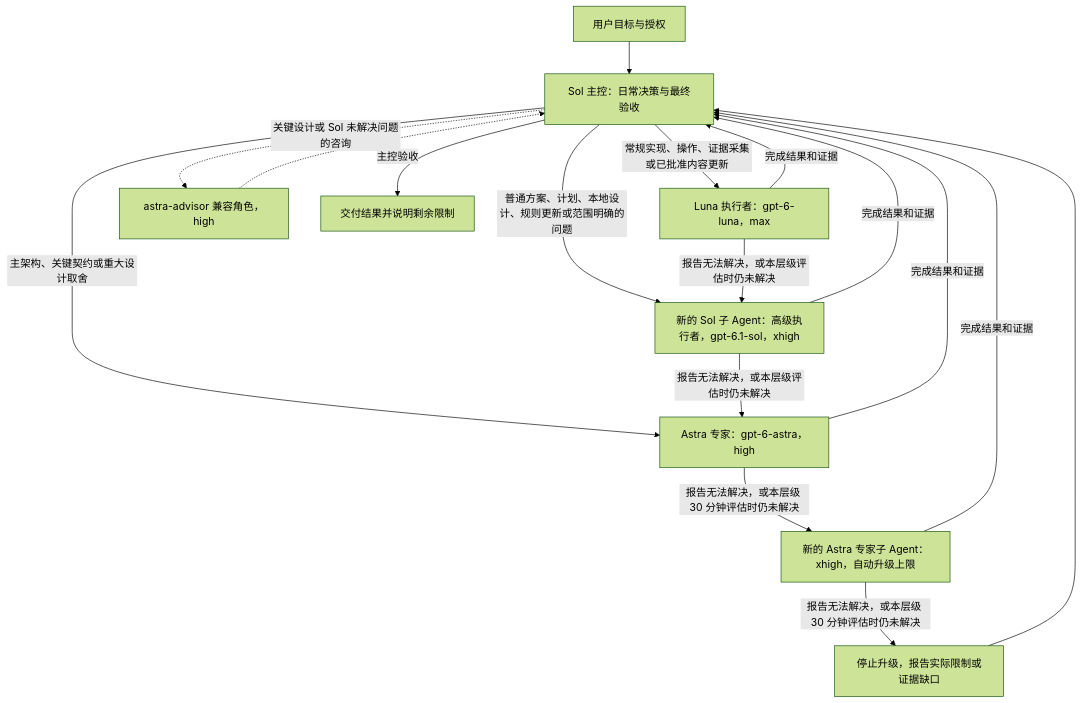
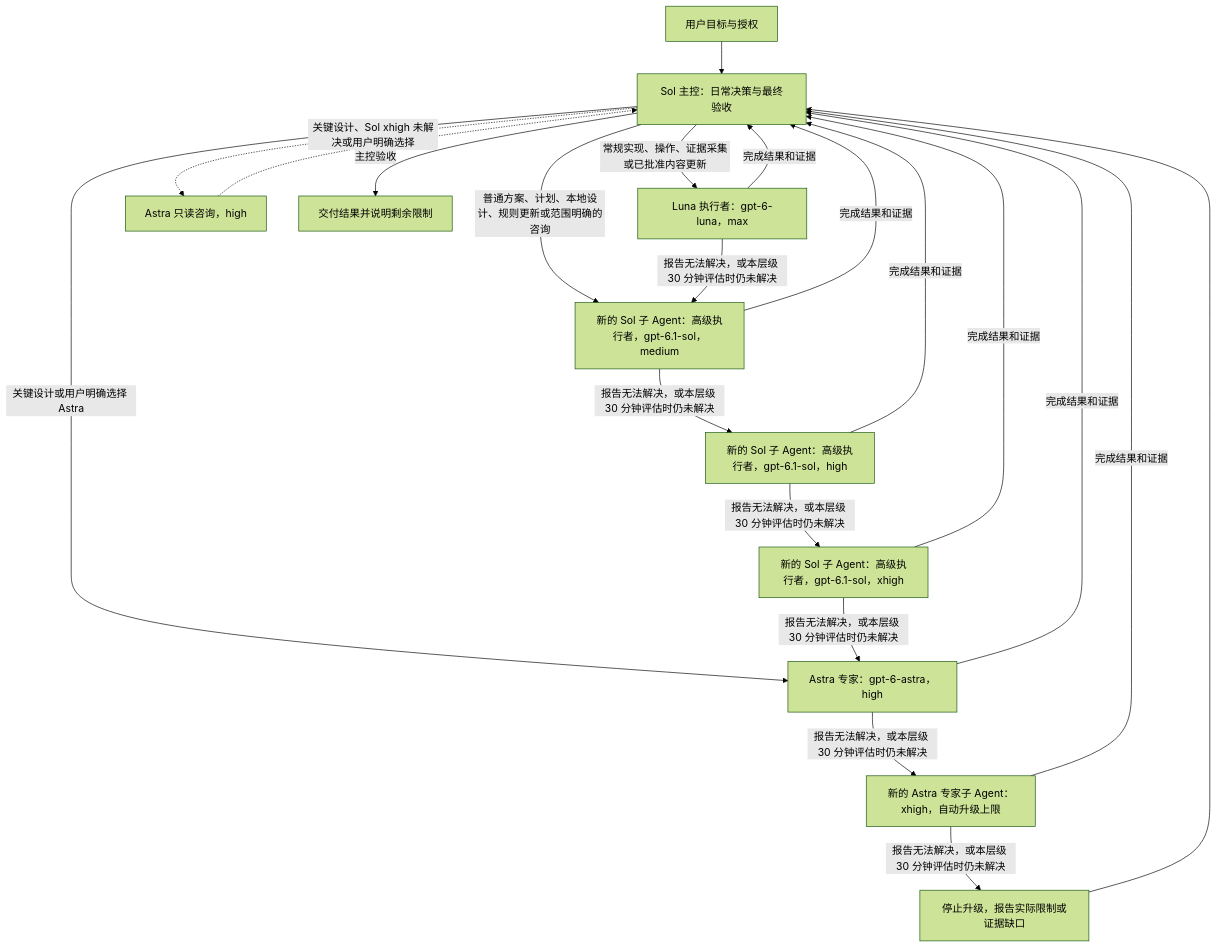
Before and after one commit to PigeonAI-Yang/pigeonstack: the diagram in README.zh-CN.md, drawn with Mermaid (forest theme). The commit also changed other lines of this file and 17 other files, not shown here.

Commit message:
docs(policy): start Sol executors at medium

````diff
--- a/README.zh-CN.md
+++ b/README.zh-CN.md
@@ -67,19 +67,23 @@
 ```mermaid
 flowchart TD
 	U["用户目标与授权"] --> P["Sol 主控：日常决策与最终验收"]
 	P -->|"常规实现、操作、证据采集或已批准内容更新"| L["Luna 执行者：gpt-6-luna，max"]
-	P -->|"普通方案、计划、本地设计、规则更新或范围明确的问题"| S
-	P -->|"主架构、关键契约或重大设计取舍"| A
-	L -->|"报告无法解决，或本层级评估时仍未解决"| S["新的 Sol 子 Agent：高级执行者，gpt-6.1-sol，xhigh"]
-	S -->|"报告无法解决，或本层级评估时仍未解决"| A["Astra 专家：gpt-6-astra，high"]
-	A -->|"报告无法解决，或本层级 30 分钟评估时仍未解决"| H["新的 Astra 专家子 Agent：xhigh，自动升级上限"]
+	P -->|"普通方案、计划、本地设计、规则更新或范围明确的咨询"| M["新的 Sol 子 Agent：高级执行者，gpt-6.1-sol，medium"]
+	P -->|"关键设计或用户明确选择 Astra"| A["Astra 专家：gpt-6-astra，high"]
+	L -->|"报告无法解决，或本层级 30 分钟评估时仍未解决"| M
+	M -->|"报告无法解决，或本层级 30 分钟评估时仍未解决"| SH["新的 Sol 子 Agent：高级执行者，gpt-6.1-sol，high"]
+	SH -->|"报告无法解决，或本层级 30 分钟评估时仍未解决"| SX["新的 Sol 子 Agent：高级执行者，gpt-6.1-sol，xhigh"]
+	SX -->|"报告无法解决，或本层级 30 分钟评估时仍未解决"| A
+	A -->|"报告无法解决，或本层级 30 分钟评估时仍未解决"| AX["新的 Astra 专家子 Agent：xhigh，自动升级上限"]
 	L -->|"完成结果和证据"| P
-	S -->|"完成结果和证据"| P
+	M -->|"完成结果和证据"| P
+	SH -->|"完成结果和证据"| P
+	SX -->|"完成结果和证据"| P
 	A -->|"完成结果和证据"| P
-	H -->|"完成结果和证据"| P
-	H -->|"报告无法解决，或本层级 30 分钟评估时仍未解决"| E["停止升级，报告实际限制或证据缺口"]
+	AX -->|"完成结果和证据"| P
+	AX -->|"报告无法解决，或本层级 30 分钟评估时仍未解决"| E["停止升级，报告实际限制或证据缺口"]
 	E --> P
-	P -.->|"关键设计或 Sol 未解决问题的咨询"| C["astra-advisor 兼容角色，high"]
+	P -.->|"关键设计、Sol xhigh 未解决或用户明确选择"| C["Astra 只读咨询，high"]
 	C -.-> P
 	P -->|"主控验收"| D["交付结果并说明剩余限制"]
 ```
````
